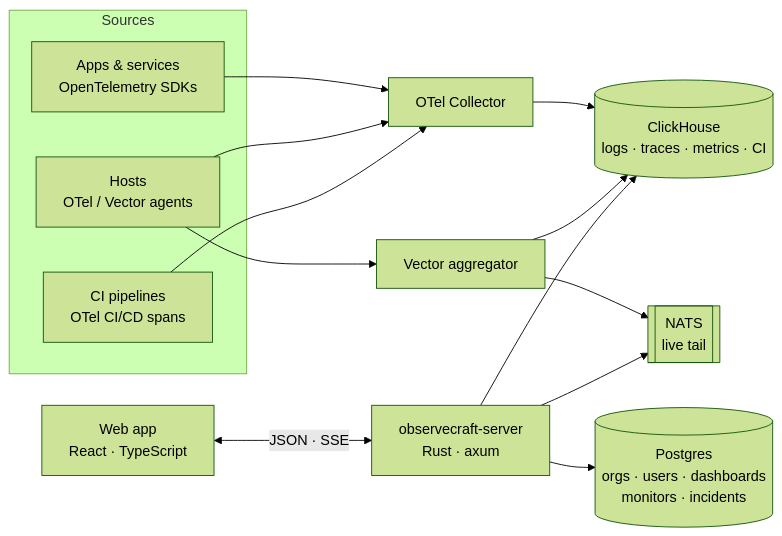
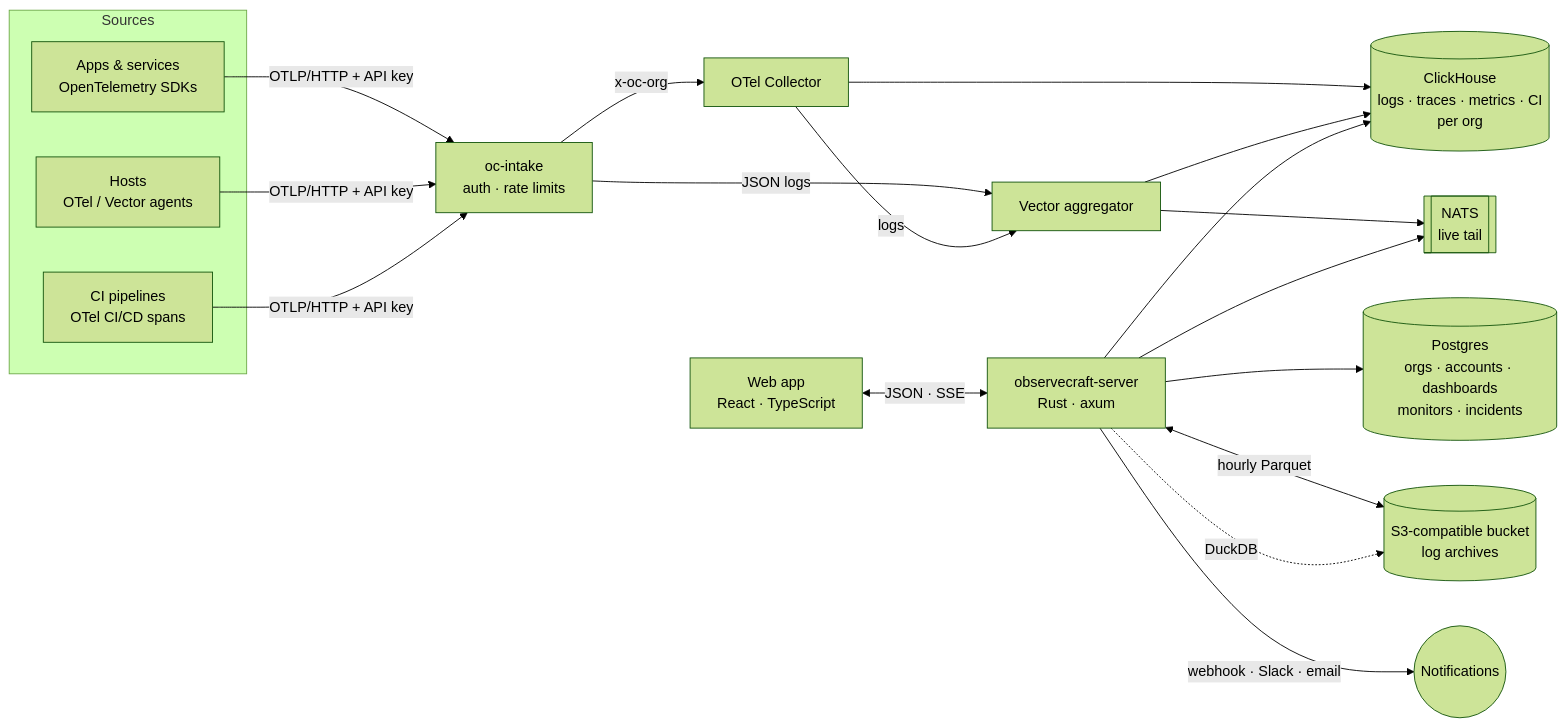
Before and after one commit to observecraft/observecraft: the diagram in README.md, drawn with Mermaid (forest theme). The commit also changed other lines of this file and 134 other files, not shown here.

````diff
--- a/README.md
+++ b/README.md
@@ -127,17 +161,22 @@
 ```mermaid
 flowchart LR
   subgraph Sources
     A[Apps & services<br/>OpenTelemetry SDKs]
     H[Hosts<br/>OTel / Vector agents]
     C[CI pipelines<br/>OTel CI/CD spans]
   end
-  A & H & C --> COL[OTel Collector]
-  H --> VEC[Vector aggregator]
-  COL --> CH[(ClickHouse<br/>logs · traces · metrics · CI)]
+  A & H & C -->|OTLP/HTTP + API key| IN[oc-intake<br/>auth · rate limits]
+  IN -->|x-oc-org| COL[OTel Collector]
+  IN -->|JSON logs| VEC[Vector aggregator]
+  COL -->|logs| VEC
+  COL --> CH[(ClickHouse<br/>logs · traces · metrics · CI<br/>per org)]
   VEC --> CH
   VEC --> NATS[[NATS<br/>live tail]]
   API[observecraft-server<br/>Rust · axum] --> CH
-  API --> PG[(Postgres<br/>orgs · users · dashboards<br/>monitors · incidents)]
+  API --> PG[(Postgres<br/>orgs · accounts · dashboards<br/>monitors · incidents)]
   API --> NATS
+  API <-->|hourly Parquet| S3[(S3-compatible bucket<br/>log archives)]
+  API -.->|DuckDB| S3
+  API -->|webhook · Slack · email| OUT((Notifications))
   UI[Web app<br/>React · TypeScript] <-->|JSON · SSE| API
 ```
````
